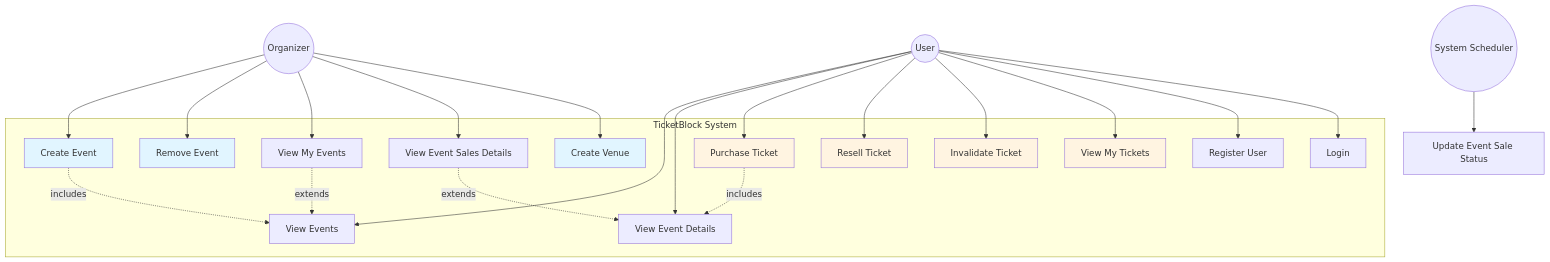
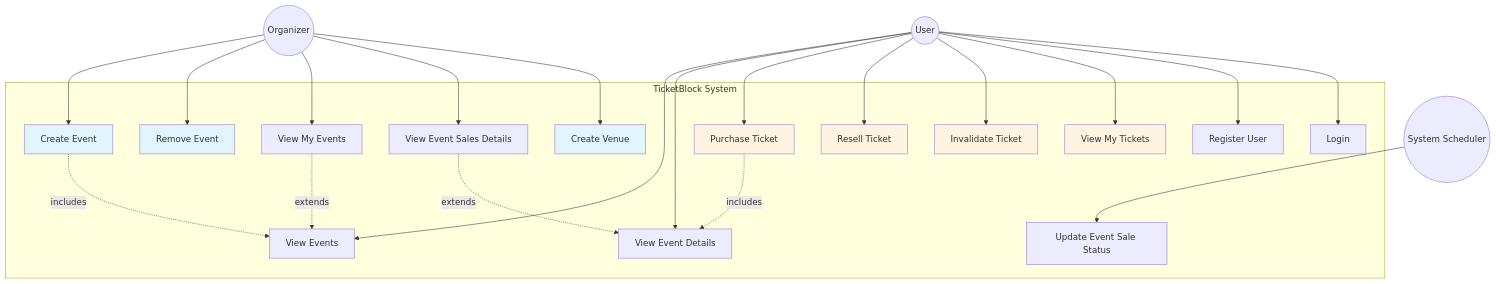
One commit to s-lusito/TicketBlock-Ing_Sw changed the diagram in docs/use-case-diagram.md. Above: the diagram before and after it, drawn with Mermaid. The commit also changed other lines of this file and 2 other files, not shown here.

````diff
--- a/docs/use-case-diagram.md
+++ b/docs/use-case-diagram.md
@@ -5,52 +5,53 @@
 ```mermaid
 graph TB
     subgraph TicketBlock System
         UC1[Create Event]
         UC2[Remove Event]
         UC3[View Events]
         UC4[View Event Details]
         UC5[Purchase Ticket]
         UC6[Resell Ticket]
         UC7[Invalidate Ticket]
         UC8[View My Tickets]
         UC9[View My Events]
         UC10[View Event Sales Details]
         UC11[Create Venue]
         UC12[Register User]
         UC13[Login]
+        UC14[Update Event Sale Status]
     end
     
     User((User))
     Organizer((Organizer))
     System((System Scheduler))
     
     User --> UC3
     User --> UC4
     User --> UC5
     User --> UC6
     User --> UC7
     User --> UC8
     User --> UC12
     User --> UC13
     
     Organizer --> UC1
     Organizer --> UC2
     Organizer --> UC9
     Organizer --> UC10
     Organizer --> UC11
     
     System --> UC14[Update Event Sale Status]
     
     UC1 -.includes.-> UC3
     UC5 -.includes.-> UC4
     UC9 -.extends.-> UC3
     UC10 -.extends.-> UC4
     
     style UC1 fill:#e1f5ff
     style UC2 fill:#e1f5ff
     style UC5 fill:#fff4e1
     style UC6 fill:#fff4e1
     style UC7 fill:#fff4e1
     style UC8 fill:#fff4e1
     style UC11 fill:#e1f5ff
 ```
````
